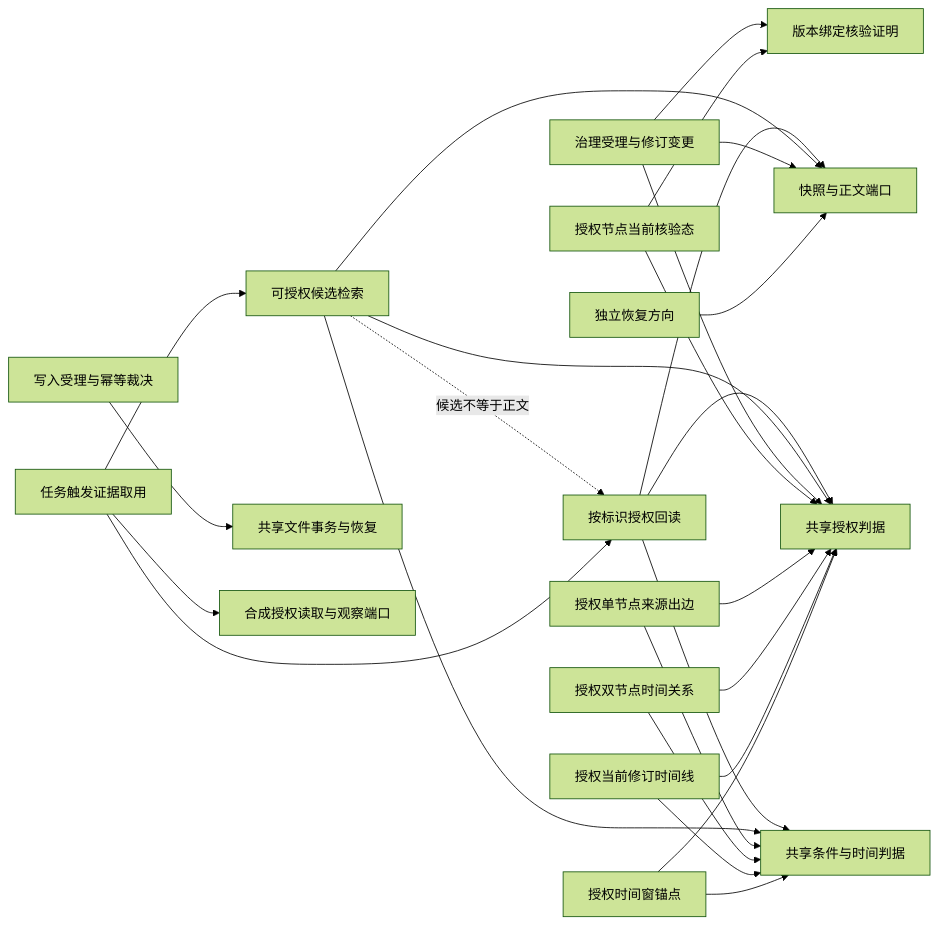
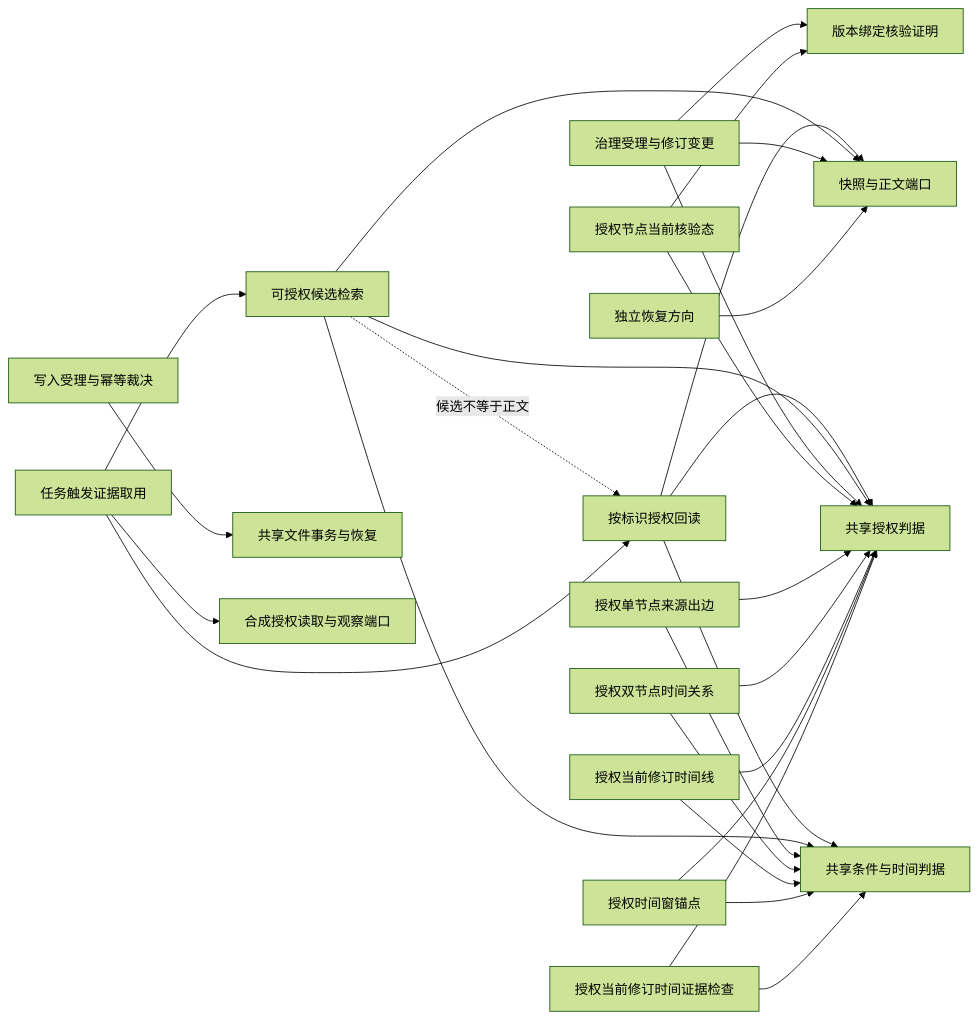
One commit to FuRongJun-1999/dsh-lingshu-memory changed the diagram in docs/CAPABILITY_GRAPH.md. Above: the diagram before and after it, drawn with Mermaid (forest theme). The commit also changed other lines of this file and 12 other files, not shown here.

```diff
--- a/docs/CAPABILITY_GRAPH.md
+++ b/docs/CAPABILITY_GRAPH.md
@@ -5,28 +5,30 @@
 ~~~mermaid
 graph LR
   G[按标识授权回读] --> A[共享授权判据]
   G --> T[共享条件与时间判据]
   G --> S[快照与正文端口]
   Q[可授权候选检索] --> A
   Q --> T
   Q --> S
   Q -. 候选不等于正文 .-> G
   W[写入受理与幂等裁决] --> X[共享文件事务与恢复]
   R[治理受理与修订变更] --> S
   R --> A
   R --> V[版本绑定核验证明]
   K[授权节点当前核验态] --> V
   K --> A
   E[授权单节点来源出边] --> A
   E --> T
   Z[授权双节点时间关系] --> T
   Z --> A
   L[授权当前修订时间线] --> T
   L --> A
   WN[授权时间窗锚点] --> T
   WN --> A
+  TC[授权当前修订时间证据检查] --> T
+  TC --> A
   P[独立恢复方向] --> S
   C[任务触发证据取用] --> O[合成授权读取与观察端口]
   C --> G
   C --> Q
 ~~~
```
